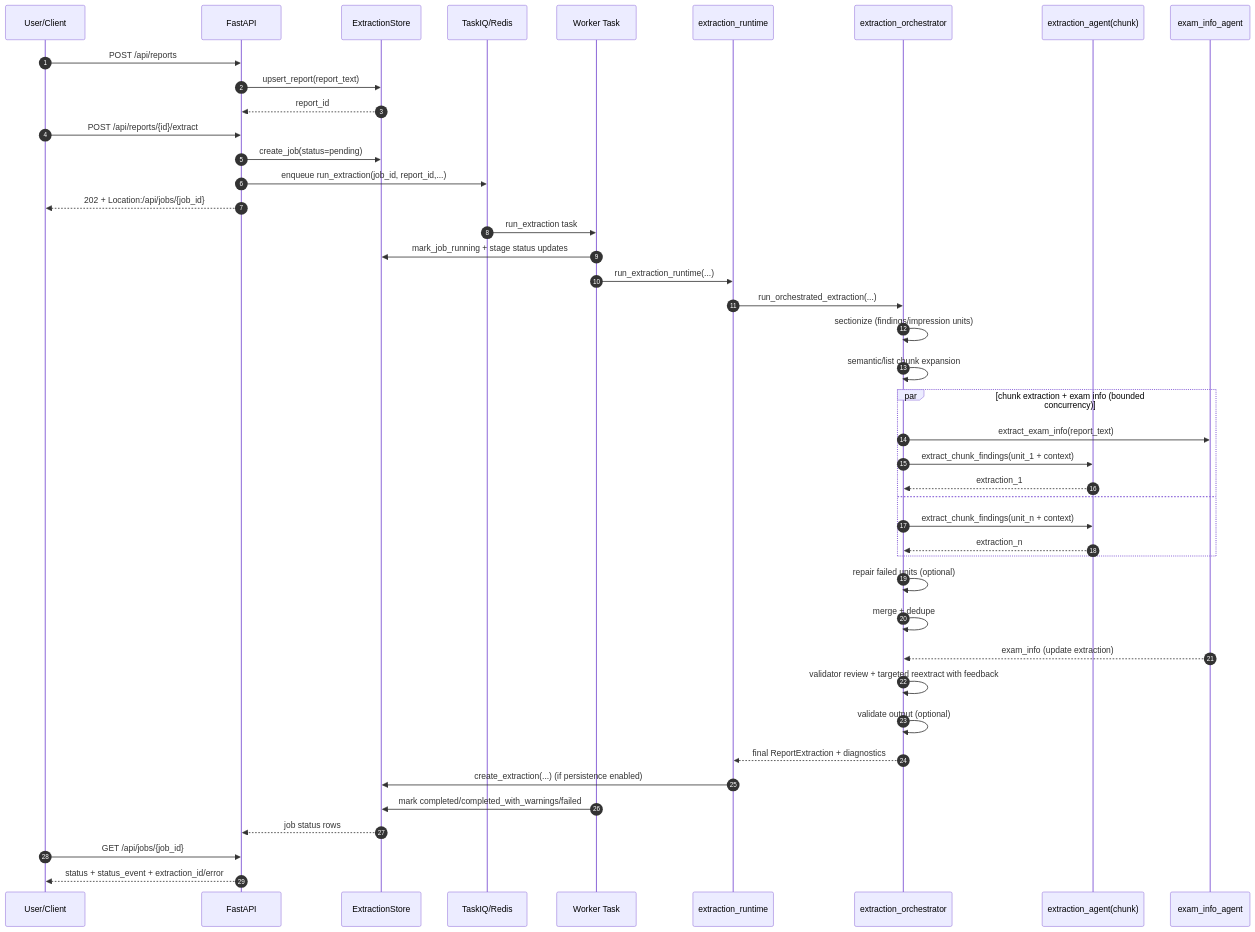
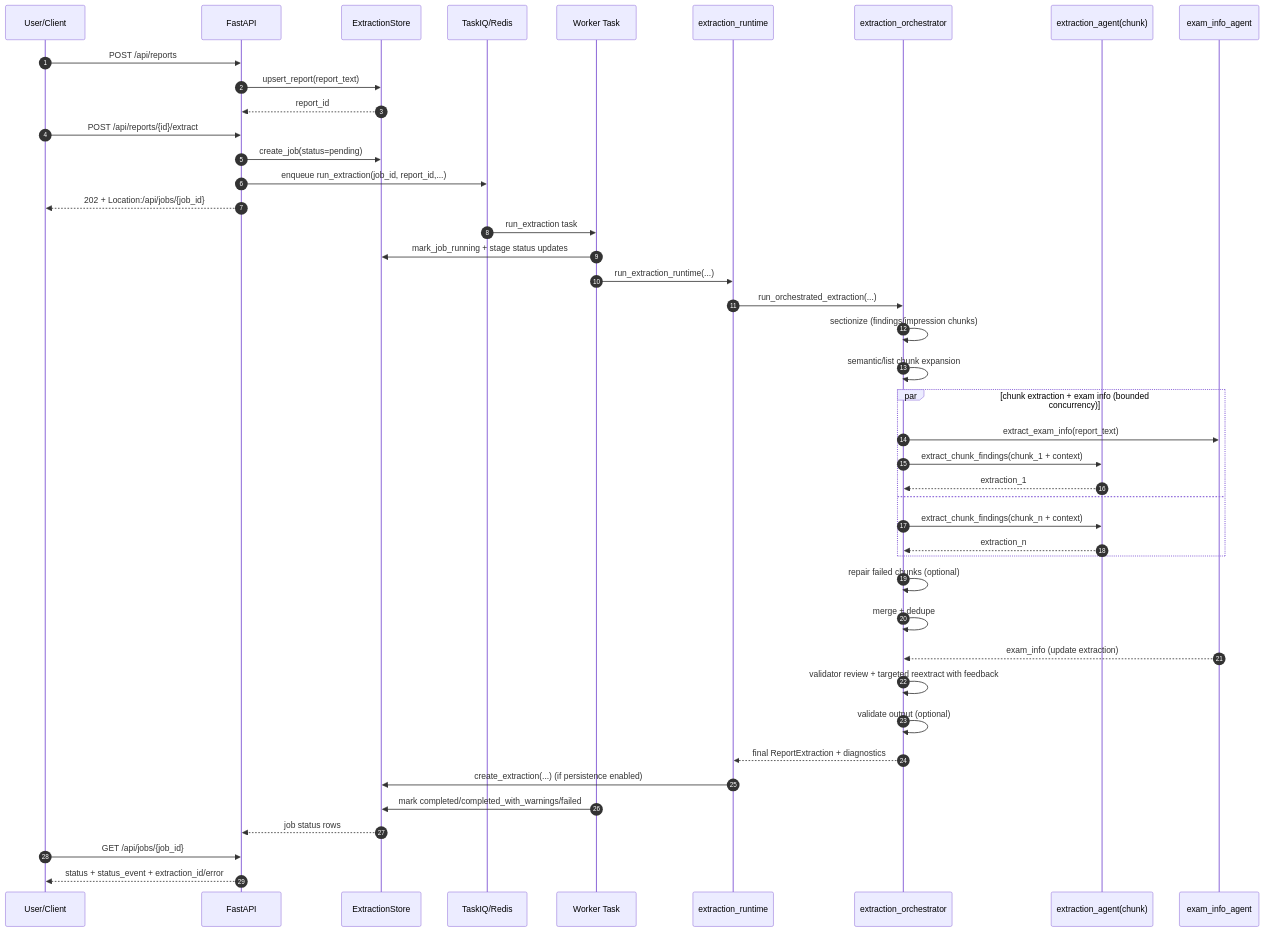
Before and after one commit to hoodcm/imaging-problem-list-data: the diagram in docs/extraction-internals.md, drawn with Mermaid. The commit also changed other lines of this file and 55 other files, not shown here.

````diff
--- a/docs/extraction-internals.md
+++ b/docs/extraction-internals.md
@@ -34,51 +34,51 @@
 ```mermaid
 sequenceDiagram
     autonumber
     participant U as User/Client
     participant API as FastAPI
     participant ST as ExtractionStore
     participant Q as TaskIQ/Redis
     participant WK as Worker Task
     participant RT as extraction_runtime
     participant OR as extraction_orchestrator
     participant AG as extraction_agent(chunk)
     participant EI as exam_info_agent
 
     U->>API: POST /api/reports
     API->>ST: upsert_report(report_text)
     ST-->>API: report_id
 
     U->>API: POST /api/reports/{id}/extract
     API->>ST: create_job(status=pending)
     API->>Q: enqueue run_extraction(job_id, report_id,...)
     API-->>U: 202 + Location:/api/jobs/{job_id}
 
     Q->>WK: run_extraction task
     WK->>ST: mark_job_running + stage status updates
     WK->>RT: run_extraction_runtime(...)
     RT->>OR: run_orchestrated_extraction(...)
 
-    OR->>OR: sectionize (findings/impression units)
+    OR->>OR: sectionize (findings/impression chunks)
     OR->>OR: semantic/list chunk expansion
     par chunk extraction + exam info (bounded concurrency)
         OR->>EI: extract_exam_info(report_text)
-        OR->>AG: extract_chunk_findings(unit_1 + context)
+        OR->>AG: extract_chunk_findings(chunk_1 + context)
         AG-->>OR: extraction_1
     and
-        OR->>AG: extract_chunk_findings(unit_n + context)
+        OR->>AG: extract_chunk_findings(chunk_n + context)
         AG-->>OR: extraction_n
     end
 
-    OR->>OR: repair failed units (optional)
+    OR->>OR: repair failed chunks (optional)
     OR->>OR: merge + dedupe
     EI-->>OR: exam_info (update extraction)
     OR->>OR: validator review + targeted reextract with feedback
     OR->>OR: validate output (optional)
     OR-->>RT: final ReportExtraction + diagnostics
 
     RT->>ST: create_extraction(...) (if persistence enabled)
     WK->>ST: mark completed/completed_with_warnings/failed
     ST-->>API: job status rows
     U->>API: GET /api/jobs/{job_id}
     API-->>U: status + status_event + extraction_id/error
 ```
````
